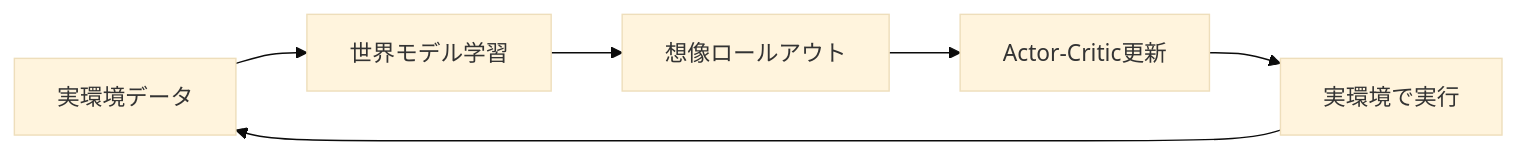
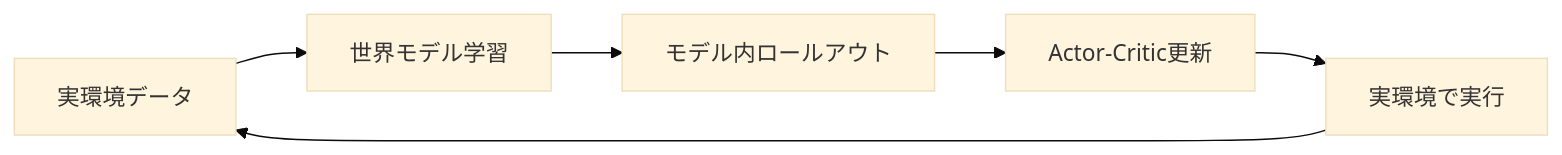
The third of 4 diagrams in docs/world-model.md (NOPLAB/slides), drawn with Mermaid (base theme) before and after one commit. The commit also changed other lines of this file and 1 other file, not shown here.

````diff
--- a/docs/world-model.md
+++ b/docs/world-model.md
@@ -277,8 +426,8 @@
 ```mermaid
 graph LR
     A[実環境データ] --> B[世界モデル学習]
-    B --> C[想像ロールアウト]
+    B --> C[モデル内ロールアウト]
     C --> D[Actor-Critic更新]
     D --> E[実環境で実行]
     E --> A
 ```
````
